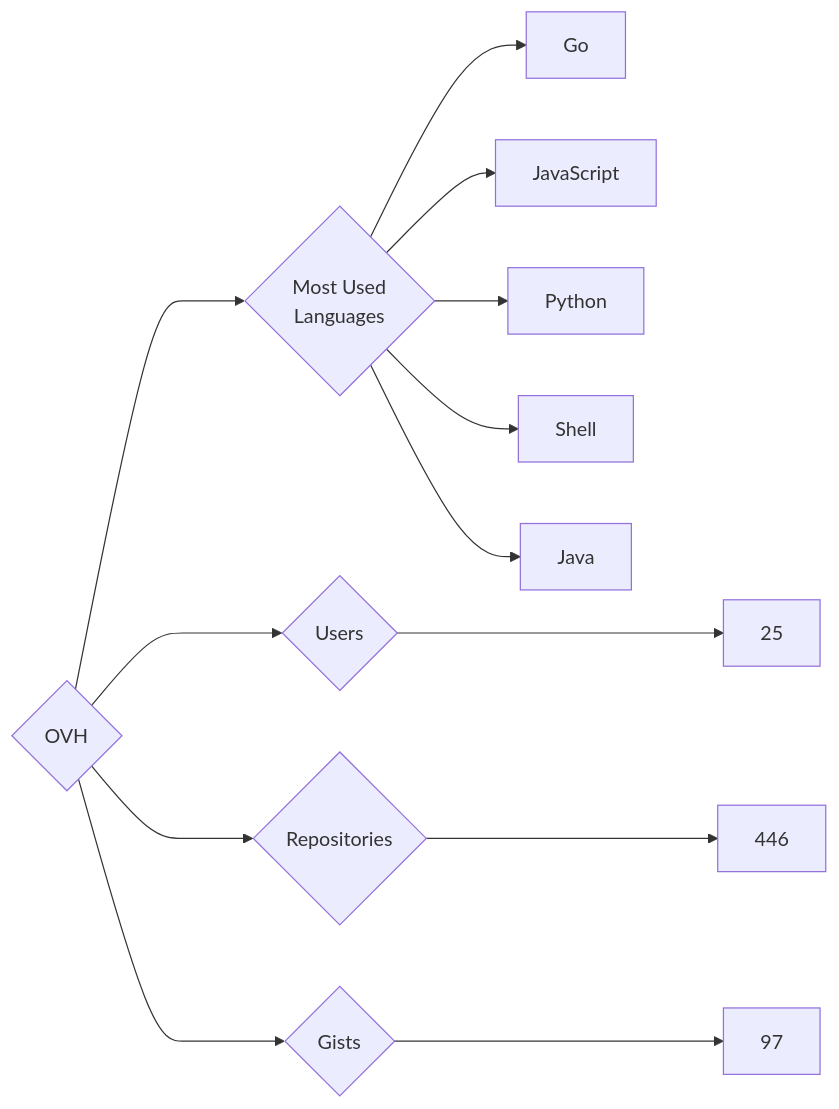
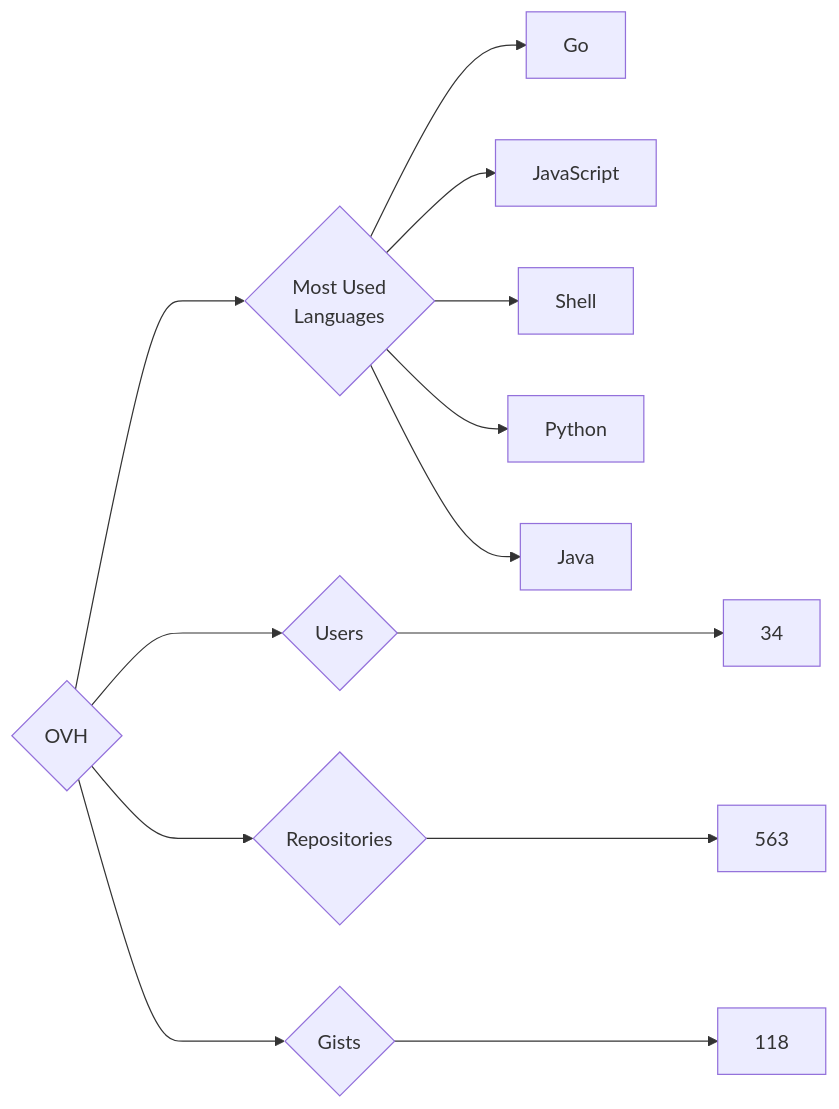
The diagram in targets/OVH/README.md (trickest/insiders), drawn with Mermaid before and after one commit. The commit also changed 851 other files, not shown here.

````diff
--- a/targets/OVH/README.md
+++ b/targets/OVH/README.md
@@ -3,13 +3,13 @@
 ```mermaid
 graph LR
 COMPANY_NAME{OVH}
-COMPANY_NAME ---> U{Users} ---> UN[25]
-COMPANY_NAME ---> R{Repositories} ---> RN[446]
-COMPANY_NAME ---> G{Gists} ---> GN[97]
+COMPANY_NAME ---> U{Users} ---> UN[34]
+COMPANY_NAME ---> R{Repositories} ---> RN[563]
+COMPANY_NAME ---> G{Gists} ---> GN[118]
 COMPANY_NAME ---> ML{Most Used<br>Languages}
 ML --> Go[Go]
 ML --> JavaScript[JavaScript]
+ML --> Shell[Shell]
 ML --> Python[Python]
-ML --> Shell[Shell]
 ML --> Java[Java]
 ```
````
